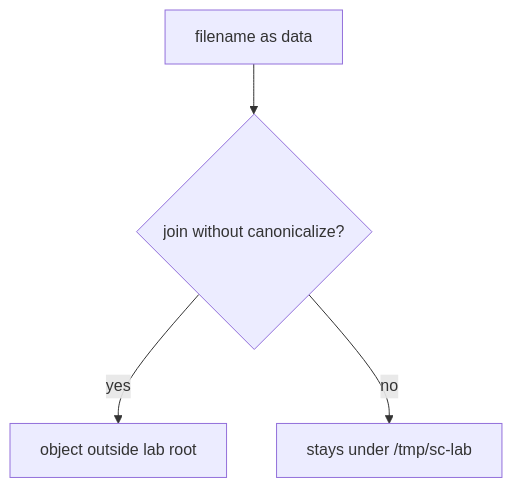
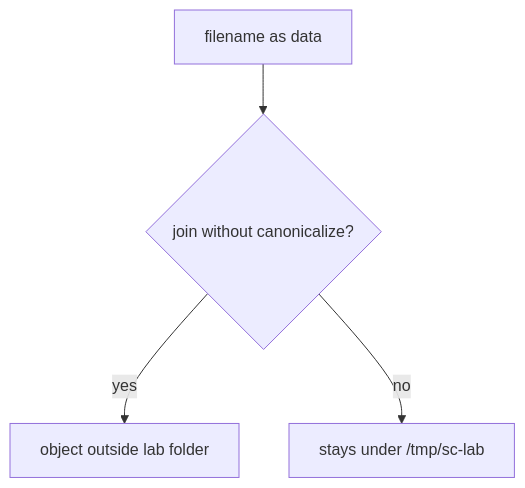
One commit to ishitvagoel/LearnSecurity changed the first of 2 diagrams in content/modules/6/6.4/lessons/01-property.md. Above: the diagram before and after it, drawn with Mermaid. The commit also changed other lines of this file and 55 other files, not shown here.

````diff
--- a/content/modules/6/6.4/lessons/01-property.md
+++ b/content/modules/6/6.4/lessons/01-property.md
@@ -19,6 +18,6 @@
 ```mermaid
 flowchart TD
   Name[filename as data] --> Mix{join without canonicalize?}
-  Mix -->|yes| Other["object outside lab root"]
+  Mix -->|yes| Other["object outside lab folder"]
   Mix -->|no| Prefix["stays under /tmp/sc-lab"]
 ```
````
